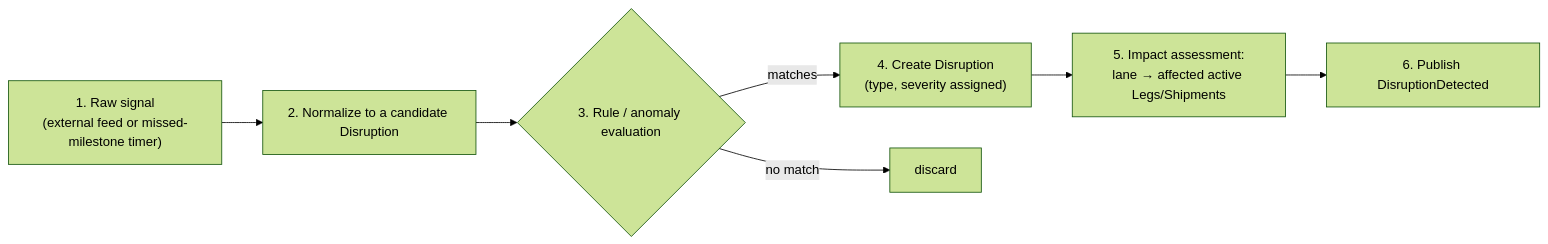
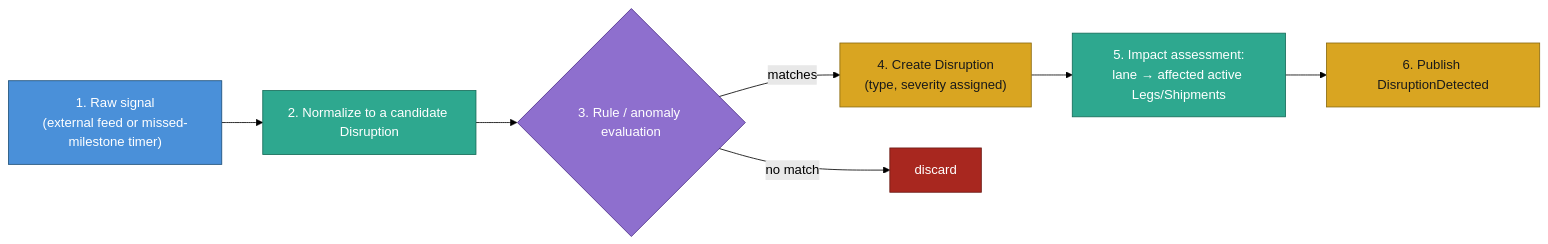
Before and after one commit to Pratyush576/CodingPractice: diagram 13 of 36 in lib/src/main/java/org/pk/practices/design/supplychain/DESIGN.md, drawn with Mermaid (forest theme). The commit also changed other lines of this file and 5 other files, not shown here.

Commit message:
Enhanced the diagrams

````diff
--- a/lib/src/main/java/org/pk/practices/design/supplychain/DESIGN.md
+++ b/lib/src/main/java/org/pk/practices/design/supplychain/DESIGN.md
@@ -1161,9 +1269,20 @@
 ```mermaid
 flowchart LR
     A["1. Raw signal<br/>(external feed or missed-milestone timer)"] --> B["2. Normalize to a candidate Disruption"]
     B --> C{"3. Rule / anomaly evaluation"}
     C -->|matches| D["4. Create Disruption<br/>(type, severity assigned)"]
     C -->|no match| E["discard"]
     D --> F["5. Impact assessment:<br/>lane → affected active Legs/Shipments"]
     F --> G["6. Publish DisruptionDetected"]
+
+    classDef input fill:#4a90d9,stroke:#1c4e78,color:#ffffff
+    classDef process fill:#2ea88f,stroke:#146b58,color:#ffffff
+    classDef decision fill:#8e6fce,stroke:#4d2e8a,color:#ffffff
+    classDef discard fill:#a8271f,stroke:#6b1a14,color:#ffffff
+    classDef outcome fill:#d9a521,stroke:#8a6a0f,color:#1a1a1a
+    class A input
+    class B,F process
+    class C decision
+    class E discard
+    class D,G outcome
 ```
````
